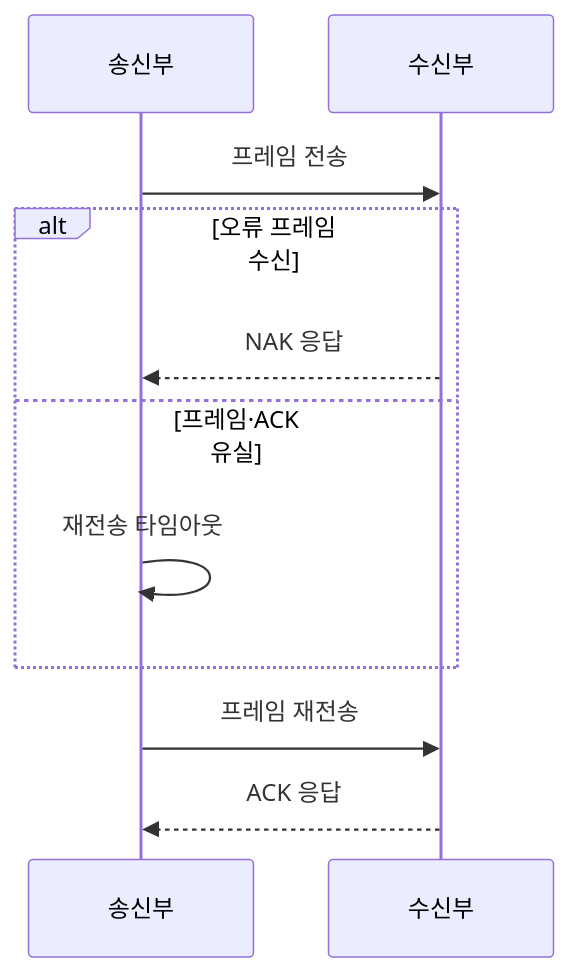
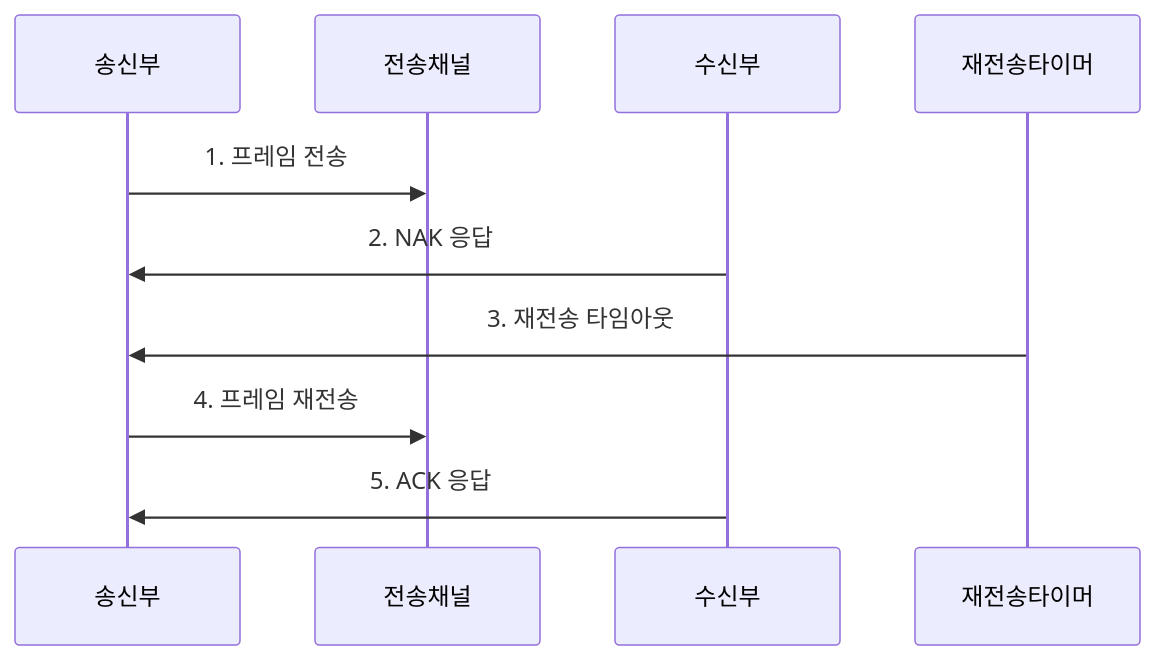
The second of 2 diagrams in src/content/docs/notes/04-network/027_arq_error_control.md (agnusdei1207/knowledge-base), drawn with Mermaid before and after one commit. The commit also changed other lines of this file and 20 other files, not shown here.

````diff
--- a/src/content/docs/notes/04-network/027_arq_error_control.md
+++ b/src/content/docs/notes/04-network/027_arq_error_control.md
@@ -81,13 +85,12 @@
 ```mermaid
 sequenceDiagram
-    participant S as 송신부
-    participant R as 수신부
-    S->>R: 프레임 전송
-    alt 오류 프레임 수신
-        R-->>S: NAK 응답
-    else 프레임·ACK 유실
-        S->>S: 재전송 타임아웃
-    end
-    S->>R: 프레임 재전송
-    R-->>S: ACK 응답
+    participant 송신부
+    participant 전송채널
+    participant 수신부
+    participant 재전송타이머
+    송신부->>전송채널: 1. 프레임 전송
+    수신부->>송신부: 2. NAK 응답
+    재전송타이머->>송신부: 3. 재전송 타임아웃
+    송신부->>전송채널: 4. 프레임 재전송
+    수신부->>송신부: 5. ACK 응답
 ```
````
